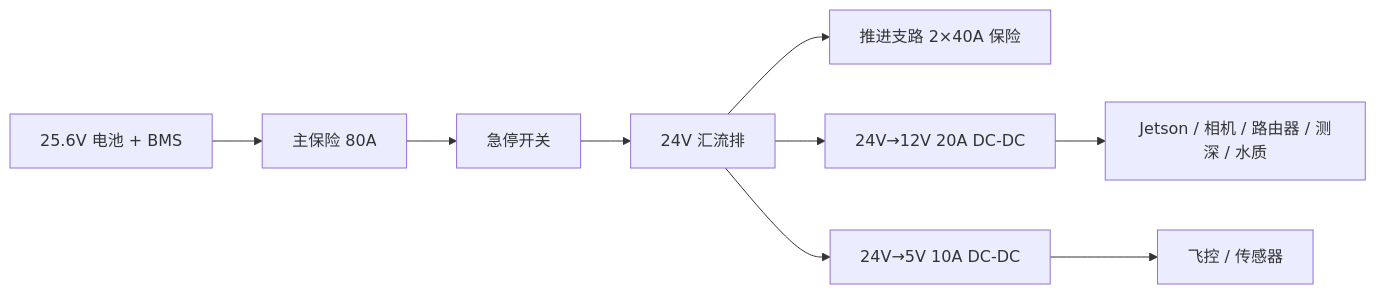
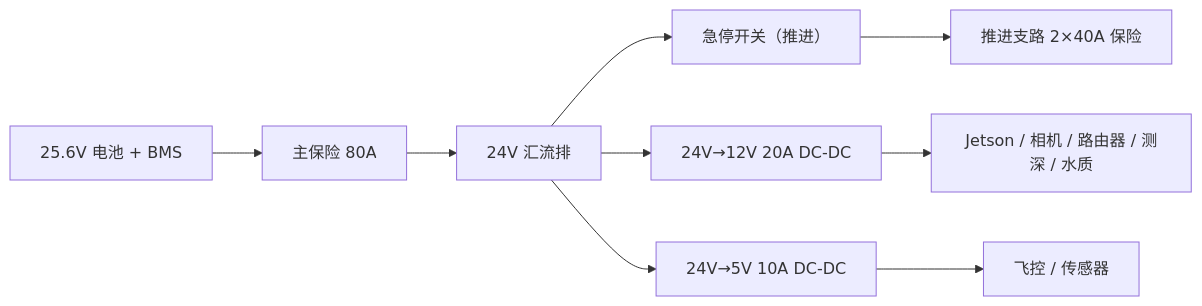
One commit to QinTomAndy2025/SuperagentWork changed the third of 3 diagrams in reservoir-robot/docs/01-embedded-hardware.md. Above: the diagram before and after it, drawn with Mermaid. The commit also changed other lines of this file and 1 other file, not shown here.

Commit message:
Tighten power topology and speed targets
Keep the emergency stop on the propulsion branch, remove aircraft terms, and set a realistic short-burst top speed.

````diff
--- a/reservoir-robot/docs/01-embedded-hardware.md
+++ b/reservoir-robot/docs/01-embedded-hardware.md
@@ -279,11 +279,11 @@
 ```mermaid
 flowchart LR
   BAT["25.6V 电池 + BMS"] --> MAIN["主保险 80A"]
-  MAIN --> ESTOP["急停开关"]
-  ESTOP --> BUS["24V 汇流排"]
-  BUS --> M1["推进支路 2×40A 保险"]
+  MAIN --> BUS["24V 汇流排"]
+  BUS --> ESTOP["急停开关（推进）"]
+  ESTOP --> M1["推进支路 2×40A 保险"]
   BUS --> D12["24V→12V 20A DC-DC"]
   BUS --> D5["24V→5V 10A DC-DC"]
   D12 --> JET["Jetson / 相机 / 路由器 / 测深 / 水质"]
   D5 --> FC["飞控 / 传感器"]
 ```
````
